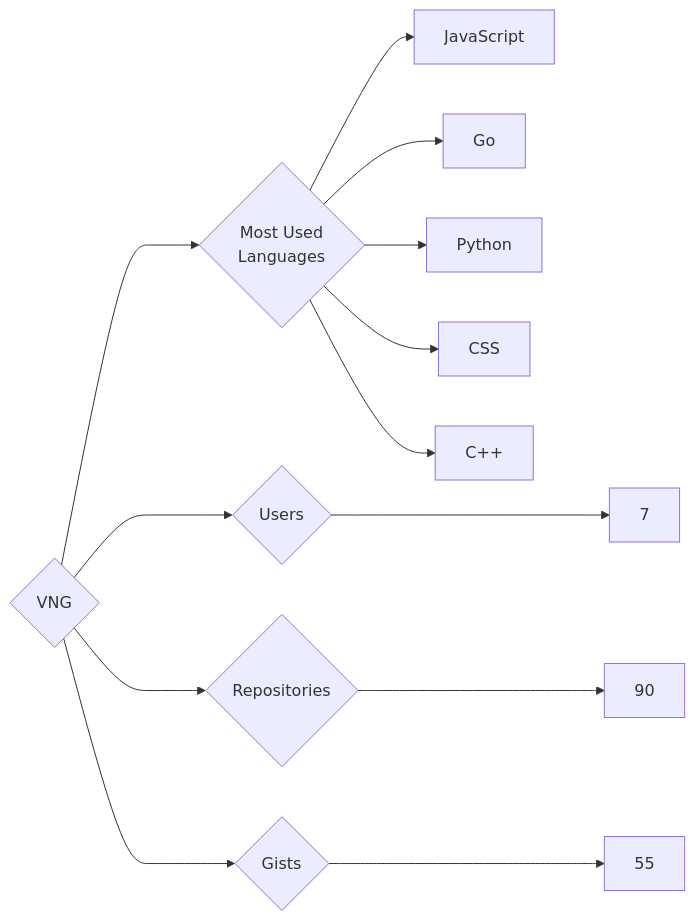
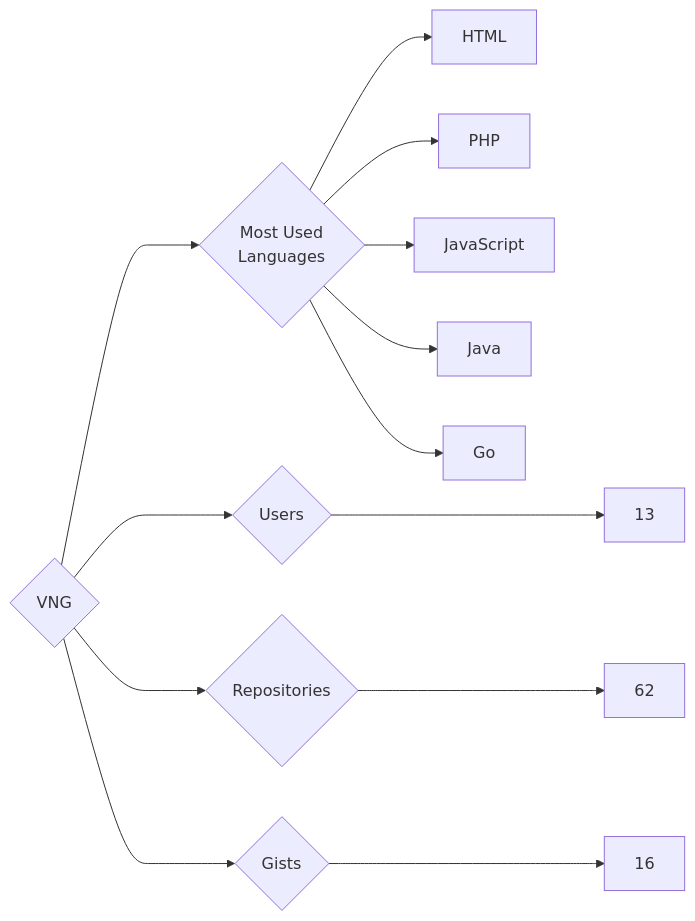
Before and after one commit to trickest/insiders: the diagram in targets/VNG/README.md, drawn with Mermaid. The commit also changed 860 other files, not shown here.

````diff
--- a/targets/VNG/README.md
+++ b/targets/VNG/README.md
@@ -3,13 +3,13 @@
 ```mermaid
 graph LR
 COMPANY_NAME{VNG}
-COMPANY_NAME ---> U{Users} ---> UN[7]
-COMPANY_NAME ---> R{Repositories} ---> RN[90]
-COMPANY_NAME ---> G{Gists} ---> GN[55]
+COMPANY_NAME ---> U{Users} ---> UN[13]
+COMPANY_NAME ---> R{Repositories} ---> RN[62]
+COMPANY_NAME ---> G{Gists} ---> GN[16]
 COMPANY_NAME ---> ML{Most Used<br>Languages}
+ML --> HTML[HTML]
+ML --> PHP[PHP]
 ML --> JavaScript[JavaScript]
+ML --> Java[Java]
 ML --> Go[Go]
-ML --> Python[Python]
-ML --> CSS[CSS]
-ML --> C++[C++]
 ```
````
